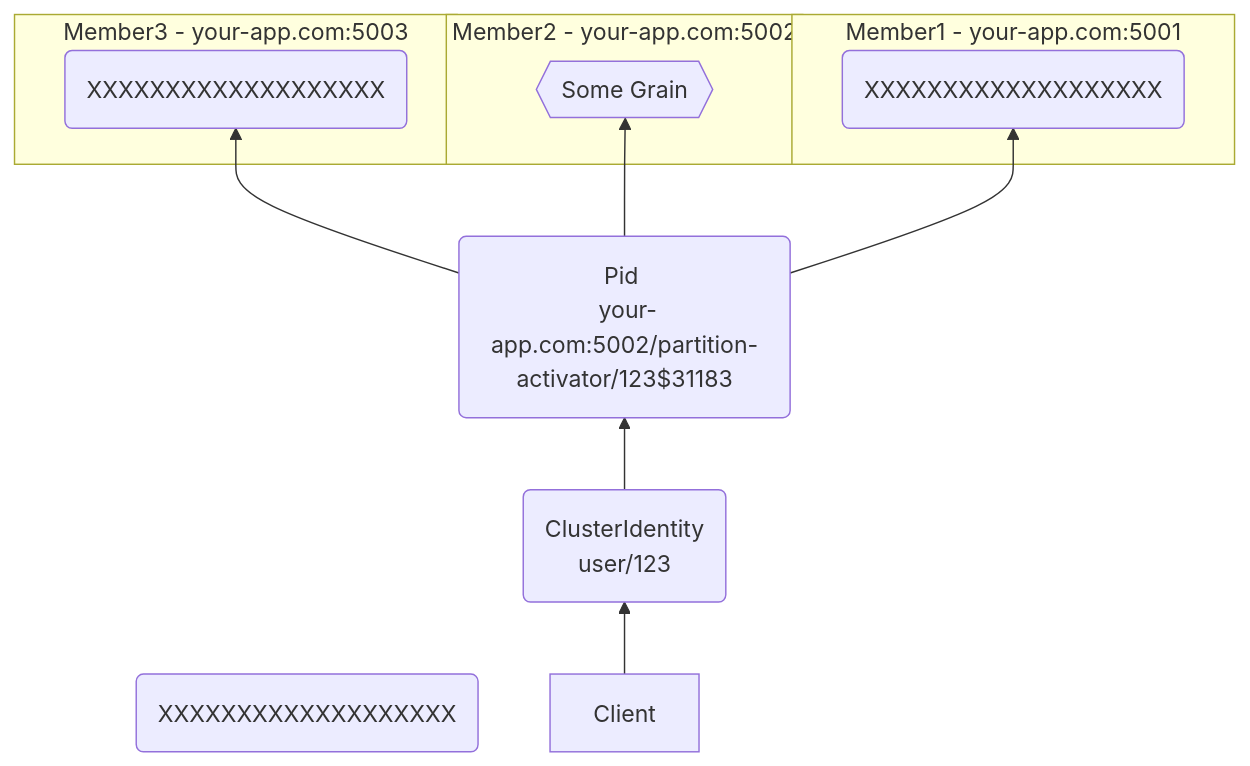
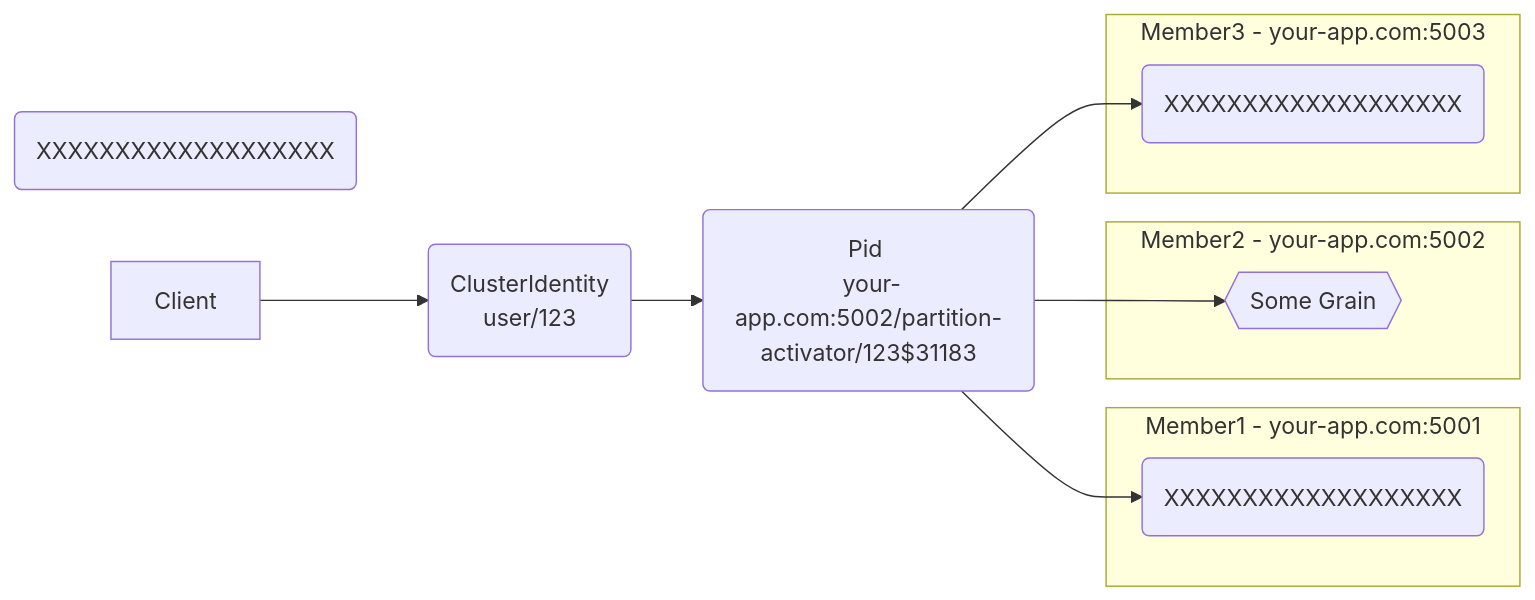
The second of 3 diagrams in docs/ProtoActor/cluster.md (asynkron/Asynkron.Documentation), drawn with Mermaid before and after one commit. The commit also changed other lines of this file and 1 other file, not shown here.

````diff
--- a/docs/ProtoActor/cluster.md
+++ b/docs/ProtoActor/cluster.md
@@ -105,32 +105,32 @@
 ```mermaid
-graph BT;
+graph LR;
     empty1(XXXXXXXXXXXXXXXXXXX)
     empty2(XXXXXXXXXXXXXXXXXXX)
     empty3(XXXXXXXXXXXXXXXXXXX)
     ClusterIdentity(ClusterIdentity <br/> user/123)
     Pid(Pid <br/> your-app.com:5002/partition-activator/123$31183)
     Grain{{Some Grain}}
     Client[Client]
     class Pid green
     class ClusterIdentity green
     class Client yellow
     class Grain blue
 
     subgraph Member1[Member1 - your-app.com:5001]
         empty1
     end
     subgraph Member2[Member2 - your-app.com:5002]
         Grain
     end
     subgraph Member3[Member3 - your-app.com:5003]
         empty3
     end
 
 
 Client --> ClusterIdentity
 ClusterIdentity --> Pid
 Pid --> Grain
 Pid --> empty1
 Pid --> empty3
 
 ```
````
